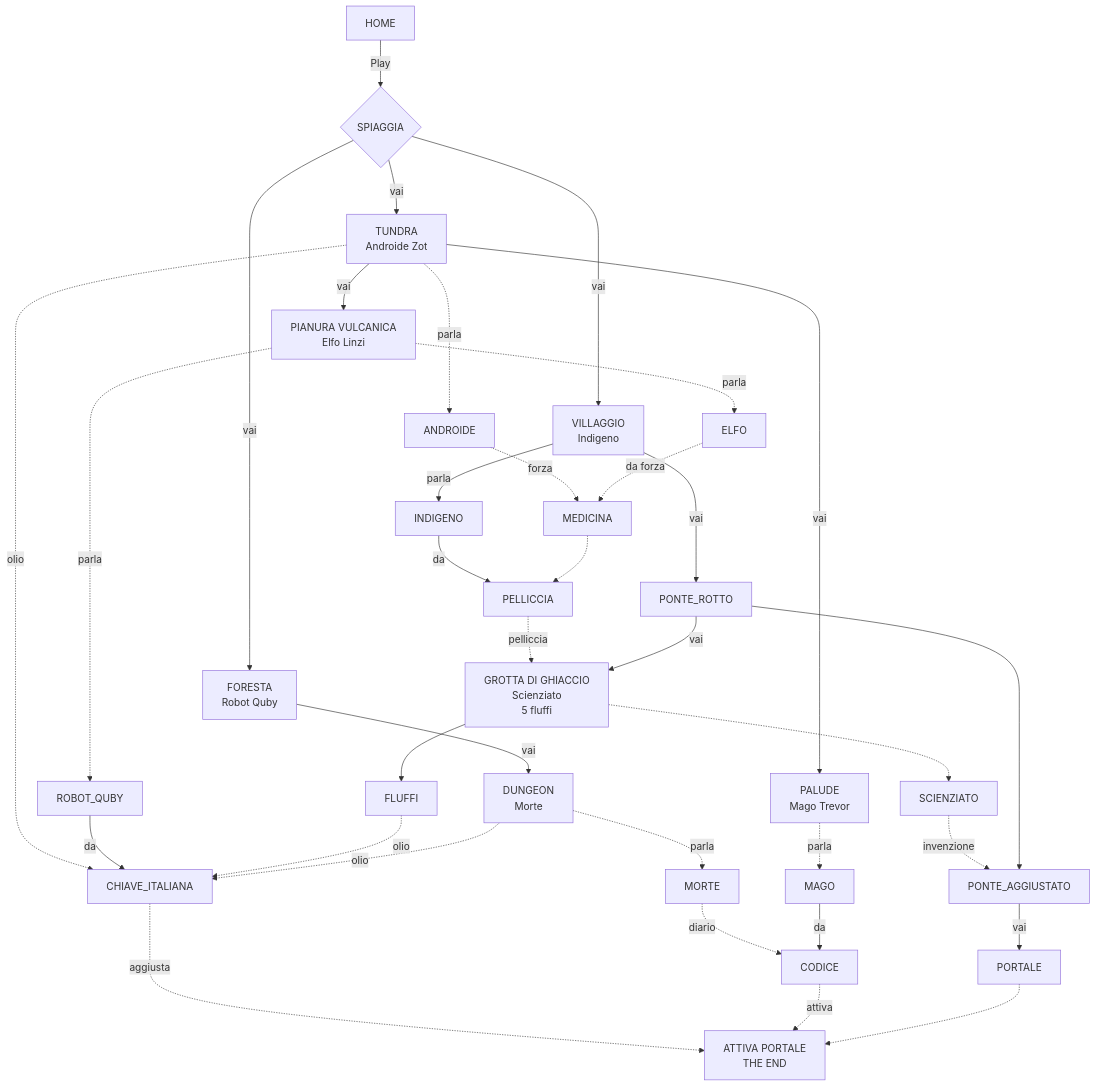
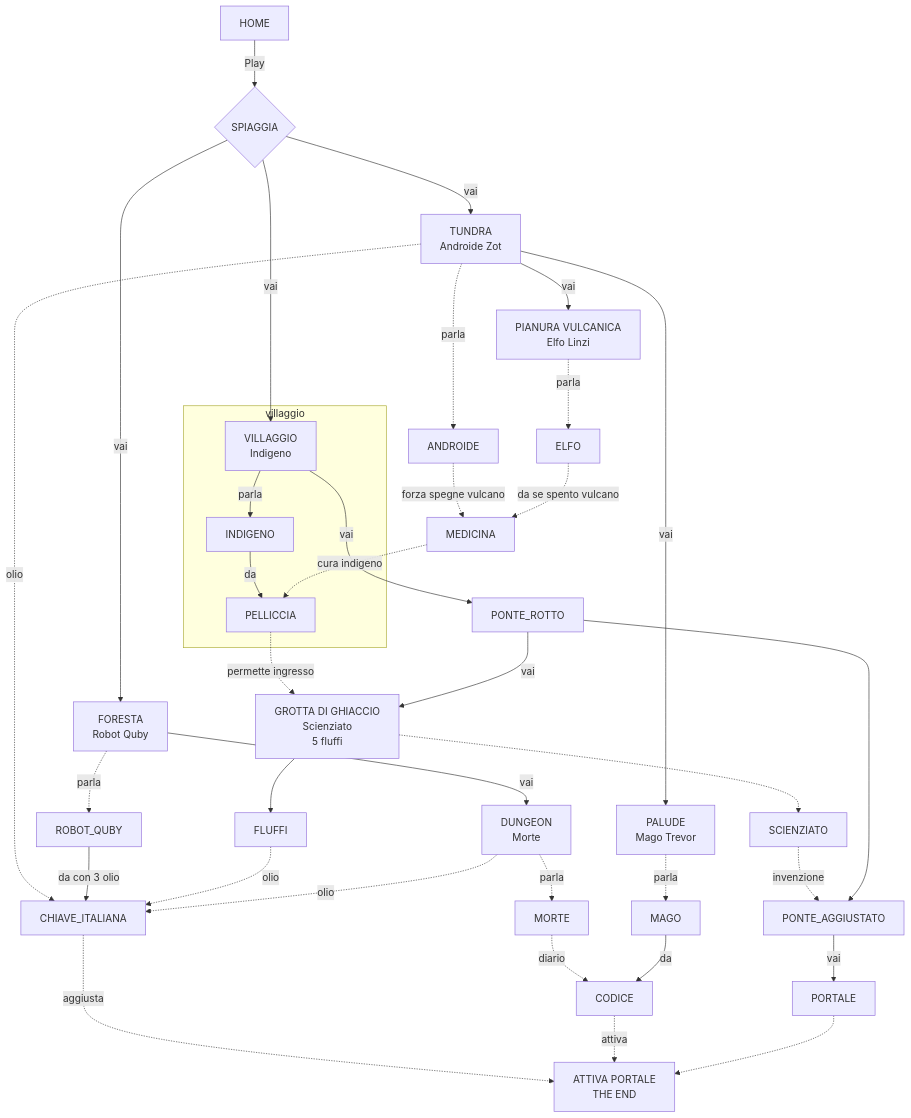
The diagram in docs/7F_Flow_mermaid.md (2042ed/JAM.7FRAMES), drawn with Mermaid before and after one commit. The commit also changed 1 other file, not shown here.

````diff
--- a/docs/7F_Flow_mermaid.md
+++ b/docs/7F_Flow_mermaid.md
@@ -3,62 +3,65 @@
 ```mermaid
 graph TD
 
 HOME
 SPIAGGIA{SPIAGGIA}
 GROTTA["GROTTA DI GHIACCIO<br>Scienziato<br>5 fluffi"]
 VILLAGGIO["VILLAGGIO<br>Indigeno"]
 DUNGEON["DUNGEON<br>Morte"]
 FORESTA["FORESTA<br>Robot Quby"]
 PALUDE["PALUDE<br>Mago Trevor"]
 PIANURA["PIANURA VULCANICA<br>Elfo Linzi"]
 PONTE_ROTTO
 PONTE_AGGIUSTATO
 TUNDRA["TUNDRA<br>Androide Zot"]
 END["ATTIVA PORTALE<br>THE END"]
 
 HOME -->|Play| SPIAGGIA
 
 SPIAGGIA --> |vai| TUNDRA
 SPIAGGIA --> |vai| FORESTA
 SPIAGGIA --> |vai| VILLAGGIO
 
+TUNDRA -.-> |parla| ANDROIDE
+ANDROIDE -.-> |forza spegne vulcano| MEDICINA
+TUNDRA  -.-> |olio| CHIAVE_ITALIANA
+
 TUNDRA --> |vai| PIANURA
 TUNDRA --> |vai| PALUDE
-TUNDRA -.-> |parla| ANDROIDE
-ANDROIDE -.-> |forza| MEDICINA
-TUNDRA  -.-> |olio| CHIAVE_ITALIANA
 
+subgraph villaggio
 VILLAGGIO --> |parla| INDIGENO
+INDIGENO --> |da| PELLICCIA
+end
+
 VILLAGGIO --> |vai| PONTE_ROTTO
-PELLICCIA -.-> |pelliccia| GROTTA
-INDIGENO --> |da| PELLICCIA
+PELLICCIA -.-> |permette ingresso| GROTTA
 
 PIANURA  -.-> |parla| ELFO
-PIANURA  -.-> |parla| ROBOT_QUBY
-ELFO  -.-> |da forza| MEDICINA
-MEDICINA -.-> PELLICCIA
+ELFO  -.-> |da se spento vulcano| MEDICINA
+MEDICINA -.-> |cura indigeno| PELLICCIA
 FORESTA  --> |vai| DUNGEON
-ROBOT_QUBY --> |da| CHIAVE_ITALIANA
+FORESTA  -.-> |parla| ROBOT_QUBY
+ROBOT_QUBY --> |da con 3 olio| CHIAVE_ITALIANA
 
 GROTTA -.-> SCIENZIATO
 GROTTA --> FLUFFI
 FLUFFI  -.-> |olio| CHIAVE_ITALIANA
 SCIENZIATO -.-> |invenzione| PONTE_AGGIUSTATO
-
 
 DUNGEON  -.-> |parla| MORTE
 MORTE  -.-> |diario| CODICE
 DUNGEON  -.-> |olio| CHIAVE_ITALIANA
 
 PALUDE  -.-> |parla| MAGO
 MAGO --> |da| CODICE
 
 PONTE_ROTTO --> |vai| GROTTA
 PONTE_ROTTO --> PONTE_AGGIUSTATO
 
 PONTE_AGGIUSTATO --> |vai| PORTALE
 
 CHIAVE_ITALIANA -.-> |aggiusta| END
 CODICE -.-> |attiva| END
 PORTALE -.-> END
 ```
````
